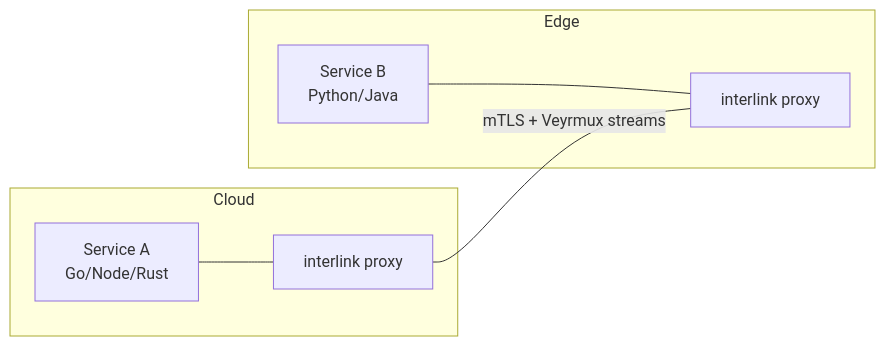
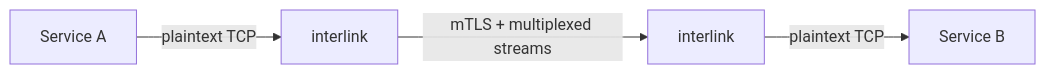
One commit to alexandernicholson/interlink changed the diagram in README.md. Above: the diagram before and after it, drawn with Mermaid. The commit also changed other lines of this file and 142 other files, not shown here.

````diff
--- a/README.md
+++ b/README.md
@@ -5,10 +6,6 @@
 ```mermaid
-graph LR
-    subgraph Cloud
-        A[Service A<br/>Go/Node/Rust] --- P1[interlink proxy]
-    end
-    subgraph Edge
-        B[Service B<br/>Python/Java] --- P2[interlink proxy]
-    end
-    P1 -- mTLS + Veyrmux streams --- P2
+flowchart LR
+    A[Service A] -->|plaintext TCP| P1[interlink]
+    P1 -->|mTLS + multiplexed streams| P2[interlink]
+    P2 -->|plaintext TCP| B[Service B]
 ```
````
